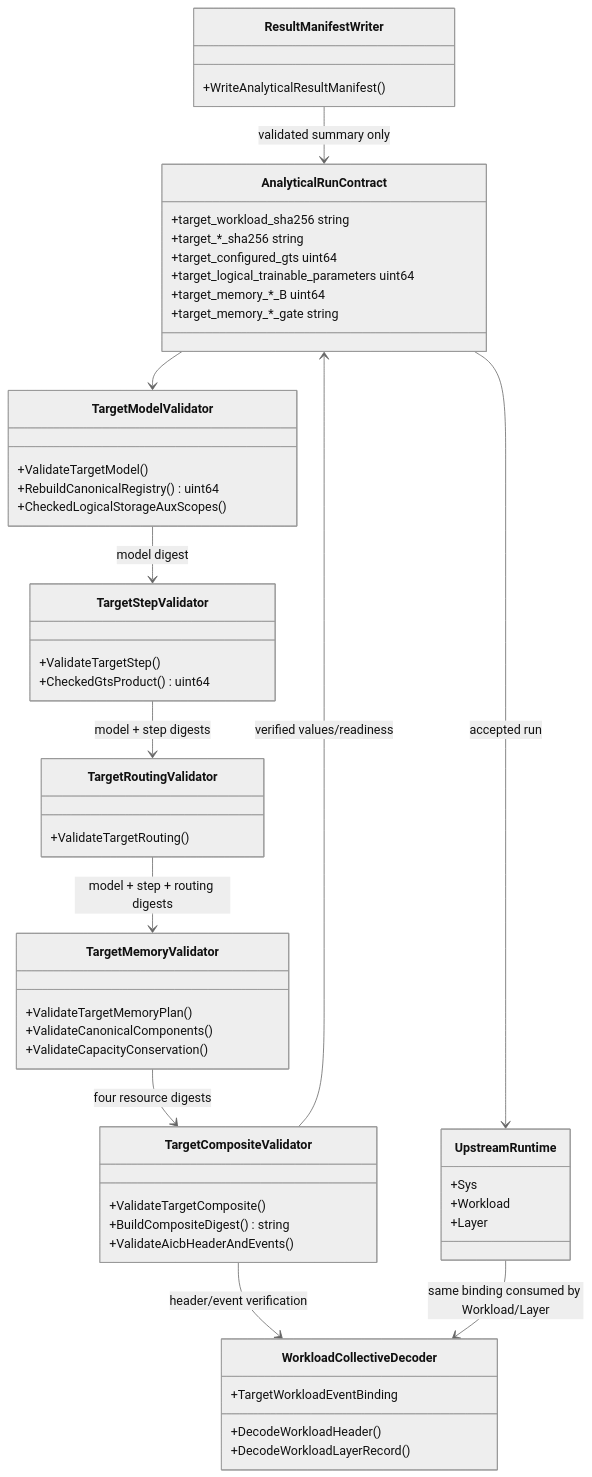
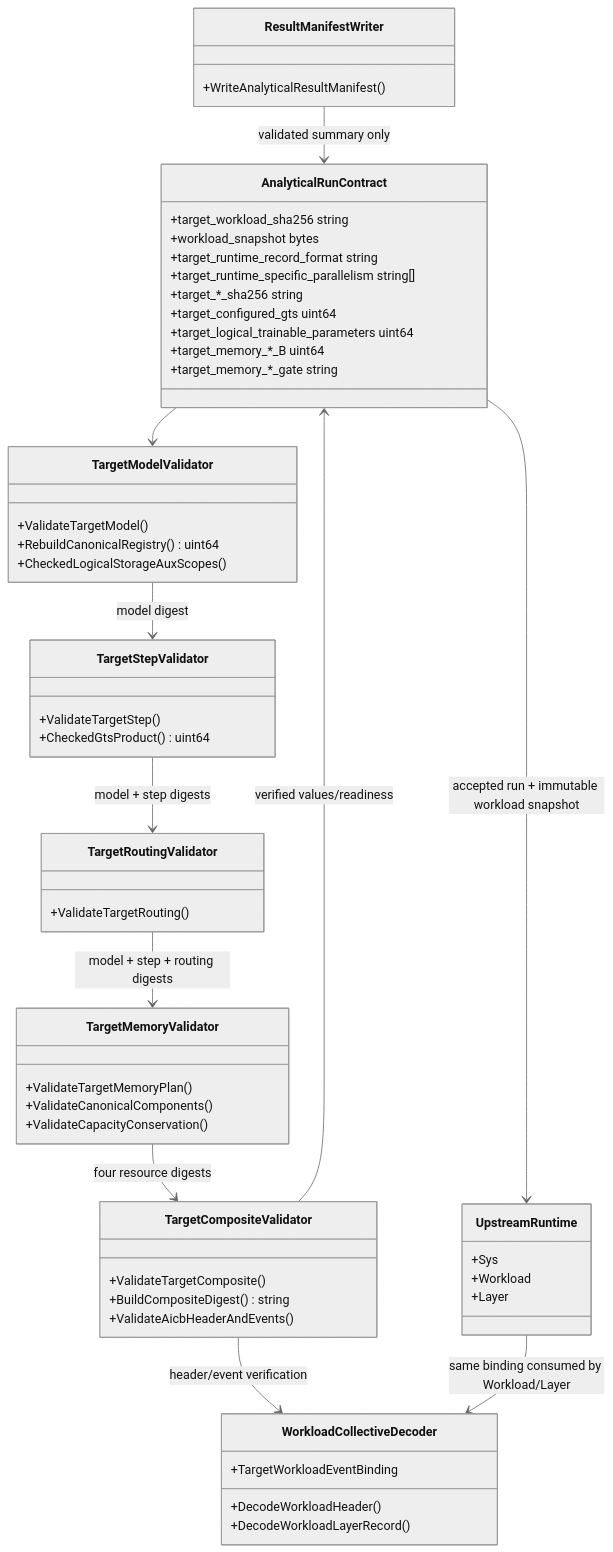
Before and after one commit to Kirrito-k423/SimAI-Ascend: the second of 2 diagrams in docs/design/issue-19-design.md, drawn with Mermaid (neutral theme). The commit also changed other lines of this file and 9 other files, not shown here.

Commit message:
fix: bind target execution to verified workload bytes (#19)

````diff
--- a/docs/design/issue-19-design.md
+++ b/docs/design/issue-19-design.md
@@ -105,57 +108,60 @@
 ```mermaid
 classDiagram
     class AnalyticalRunContract {
       +target_workload_sha256 string
+      +workload_snapshot bytes
+      +target_runtime_record_format string
+      +target_runtime_specific_parallelism string[]
       +target_*_sha256 string
       +target_configured_gts uint64
       +target_logical_trainable_parameters uint64
       +target_memory_*_B uint64
       +target_memory_*_gate string
     }
     class TargetModelValidator {
       +ValidateTargetModel()
       +RebuildCanonicalRegistry() uint64
       +CheckedLogicalStorageAuxScopes()
     }
     class TargetStepValidator {
       +ValidateTargetStep()
       +CheckedGtsProduct() uint64
     }
     class TargetRoutingValidator {
       +ValidateTargetRouting()
     }
     class TargetMemoryValidator {
       +ValidateTargetMemoryPlan()
       +ValidateCanonicalComponents()
       +ValidateCapacityConservation()
     }
     class TargetCompositeValidator {
       +ValidateTargetComposite()
       +BuildCompositeDigest() string
       +ValidateAicbHeaderAndEvents()
     }
     class WorkloadCollectiveDecoder {
       +DecodeWorkloadHeader()
       +DecodeWorkloadLayerRecord()
       +TargetWorkloadEventBinding
     }
     class ResultManifestWriter {
       +WriteAnalyticalResultManifest()
     }
     class UpstreamRuntime {
       +Sys
       +Workload
       +Layer
     }
 
     AnalyticalRunContract --> TargetModelValidator
     TargetModelValidator --> TargetStepValidator : model digest
     TargetStepValidator --> TargetRoutingValidator : model + step digests
     TargetRoutingValidator --> TargetMemoryValidator : model + step + routing digests
     TargetMemoryValidator --> TargetCompositeValidator : four resource digests
     TargetCompositeValidator --> AnalyticalRunContract : verified values/readiness
     TargetCompositeValidator --> WorkloadCollectiveDecoder : header/event verification
-    AnalyticalRunContract --> UpstreamRuntime : accepted run
+    AnalyticalRunContract --> UpstreamRuntime : accepted run + immutable workload snapshot
     UpstreamRuntime --> WorkloadCollectiveDecoder : same binding consumed by Workload/Layer
     ResultManifestWriter --> AnalyticalRunContract : validated summary only
 ```
````
